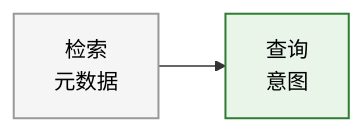
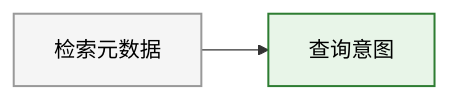
The fifth of 11 diagrams in source/_posts/bi-evolution-6-ai-native-restructure.md (BillZong/BillZong.github.io), drawn with Mermaid before and after one commit. The commit also changed other lines of this file, not shown here.

First line of the commit message:
fix(BI-ch6): remove \n from mermaid labels

```diff
--- a/source/_posts/bi-evolution-6-ai-native-restructure.md
+++ b/source/_posts/bi-evolution-6-ai-native-restructure.md
@@ -243,11 +243,11 @@
 {% mermaid %}
 flowchart LR
     classDef entry fill:#fff3b0,stroke:#b58900,color:#000,stroke-width:1.5px
     classDef decision fill:#fce4ec,stroke:#c62828,color:#000,stroke-width:1.5px
     classDef exit fill:#e8f5e8,stroke:#2e7d32,color:#000,stroke-width:1.5px
     classDef normal fill:#f5f5f5,stroke:#999,color:#000,stroke-width:1.5px
 
-    C["检索\n元数据"]:::normal
-    D["查询\n意图"]:::exit
+    C["检索元数据"]:::normal
+    D["查询意图"]:::exit
     C --> D
 {% endmermaid %}
```
